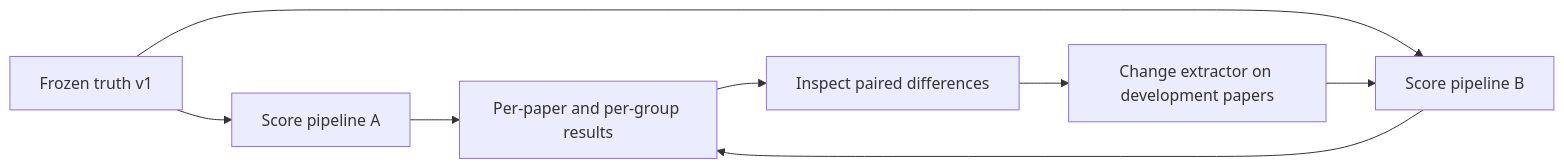
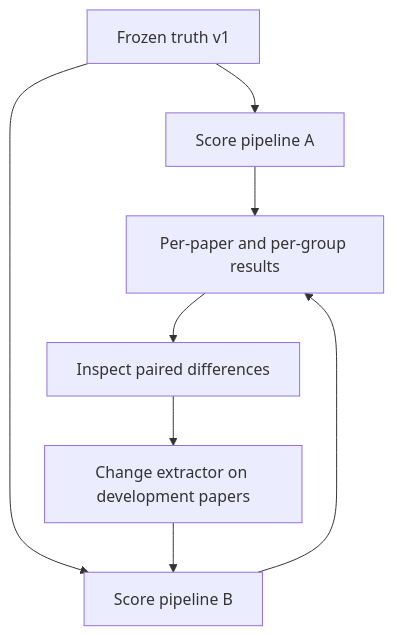
One commit to lamalab-org/perla-extract changed the second of 2 diagrams in docs/workflows/review-to-benchmark.md. Above: the diagram before and after it, drawn with Mermaid. The commit also changed other lines of this file and 20 other files, not shown here.

````diff
--- a/docs/workflows/review-to-benchmark.md
+++ b/docs/workflows/review-to-benchmark.md
@@ -461,10 +179,10 @@
 ```mermaid
-flowchart LR
+flowchart TD
     G[Frozen truth v1] --> A[Score pipeline A]
     G --> B[Score pipeline B]
     A --> C[Per-paper and per-group results]
     B --> C
     C --> D[Inspect paired differences]
     D --> E[Change extractor on development papers]
     E --> B
 ```
````
